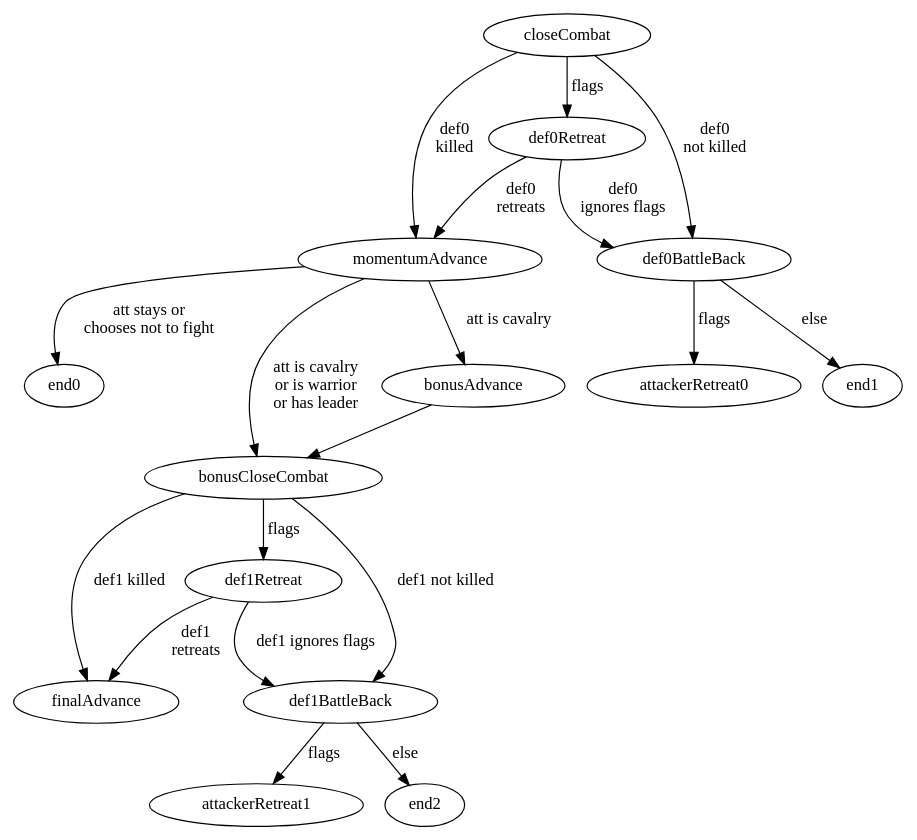
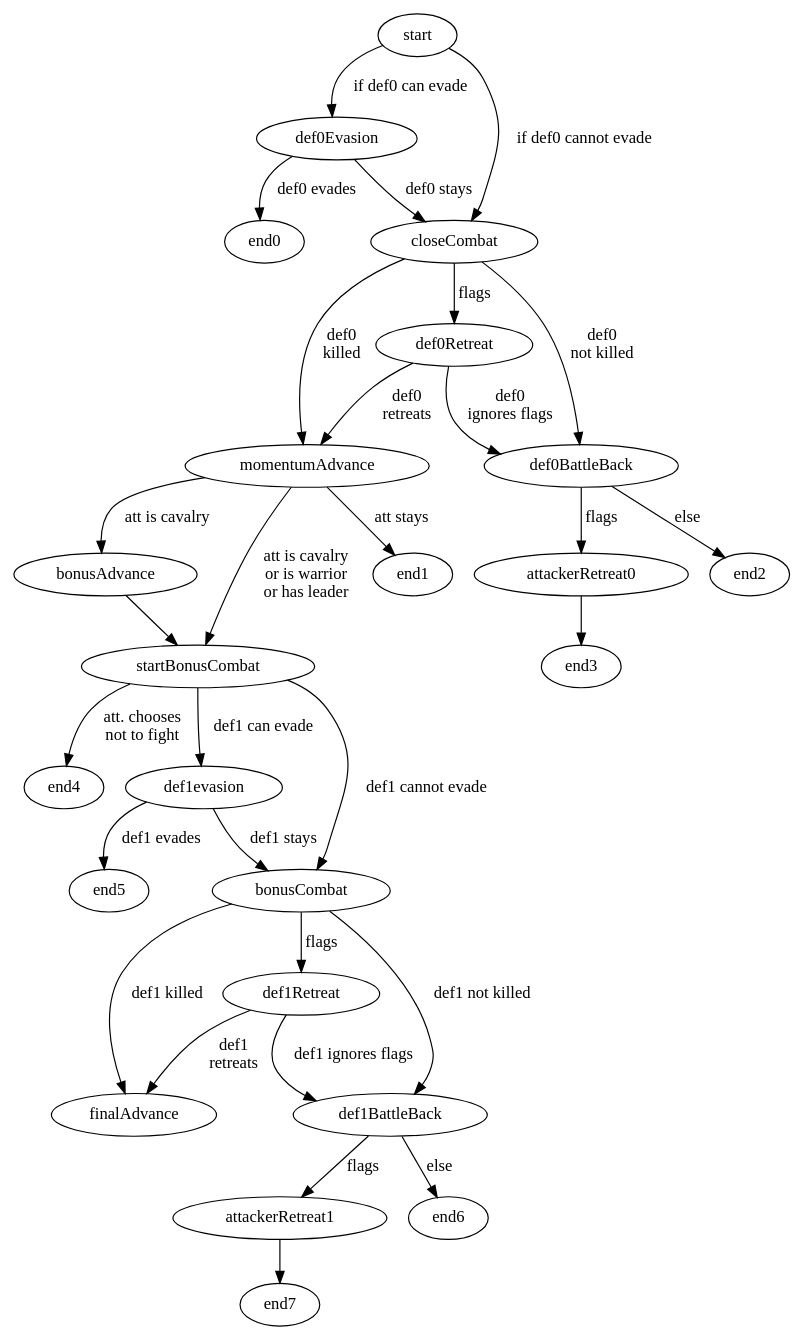
One commit to xpmatteo/auto-cca changed the diagram in doc/close-combat.dot. Above: the diagram before and after it, drawn with Graphviz. The commit also changed 1 other file, not shown here.

Commit message:
Add documentation of close combat state machine: adding evasion

```diff
--- a/doc/close-combat.dot
+++ b/doc/close-combat.dot
@@ -1,26 +1,43 @@
 digraph CloseCombat {
+  start -> def0Evasion [label="if def0 can evade"]
+  start -> closeCombat [label="if def0 cannot evade"]
+
   closeCombat -> momentumAdvance  [label="def0\nkilled"]
   closeCombat -> def0Retreat [label="flags"]
   closeCombat -> def0BattleBack [label="def0\nnot killed"]
   
-  momentumAdvance -> end0 [label="att stays or\nchooses not to fight"]
-  momentumAdvance -> bonusCloseCombat [label="att is cavalry\nor is warrior\nor has leader"]
+  def0Evasion -> end0 [label="def0 evades"]
+  def0Evasion -> closeCombat [label="def0 stays"]
+    
+  momentumAdvance -> startBonusCombat [label="att is cavalry\nor is warrior\nor has leader"]
+  momentumAdvance -> end1 [label="att stays"]
   momentumAdvance -> bonusAdvance [label="att is cavalry"]
-  bonusAdvance -> bonusCloseCombat
+  bonusAdvance -> startBonusCombat
   
   def0Retreat -> momentumAdvance [label="def0\nretreats"]
   def0Retreat -> def0BattleBack [label="def0\nignores flags"]
 
+  def0BattleBack -> end2 [label="else"]
   def0BattleBack -> attackerRetreat0 [label="flags"]
-  def0BattleBack -> end1 [label="else"]
+  
+  attackerRetreat0 -> end3
 
-  bonusCloseCombat -> finalAdvance  [label="def1 killed"]
-  bonusCloseCombat -> def1Retreat [label="flags"]
-  bonusCloseCombat -> def1BattleBack [label="def1 not killed"]
+  startBonusCombat -> end4 [label="att. chooses\nnot to fight"] 
+  startBonusCombat -> def1evasion [label="def1 can evade"]
+  startBonusCombat -> bonusCombat [label="def1 cannot evade"]
+
+  bonusCombat -> finalAdvance  [label="def1 killed"]
+  bonusCombat -> def1Retreat [label="flags"]
+  bonusCombat -> def1BattleBack [label="def1 not killed"]
+  
+  def1evasion -> end5 [label="def1 evades"]
+  def1evasion -> bonusCombat  [label="def1 stays"]
 
   def1Retreat -> finalAdvance [label="def1\nretreats"]
   def1Retreat -> def1BattleBack [label="def1 ignores flags"]
 
   def1BattleBack -> attackerRetreat1 [label="flags"]
-  def1BattleBack -> end2 [label="else"]
+  def1BattleBack -> end6 [label="else"]
+  
+  attackerRetreat1 -> end7
 }
```
